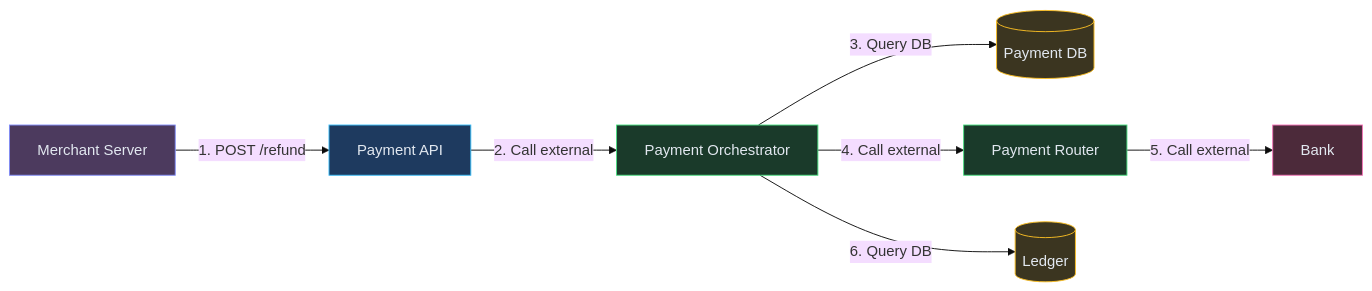
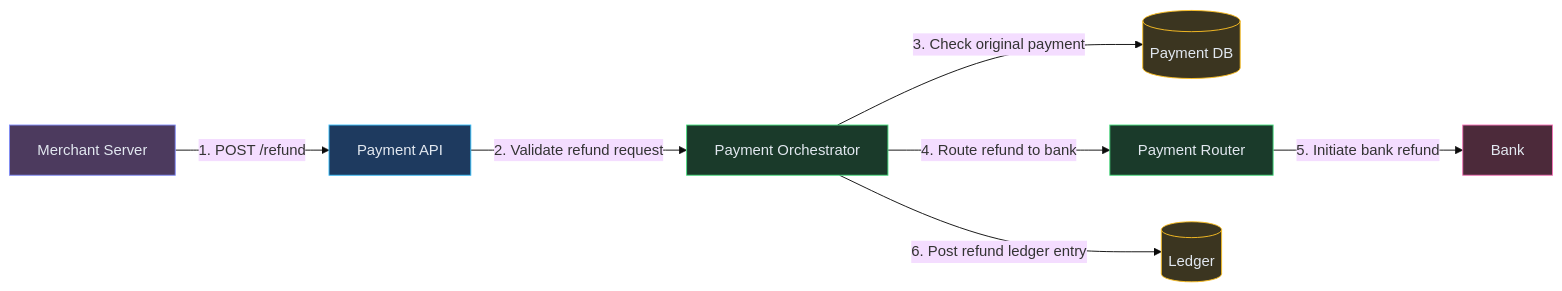
The third of 6 diagrams in content/hld/PaymentSystem.md (iluzn/HLD-Designs), drawn with Mermaid (base theme) before and after one commit. The commit also changed other lines of this file and 27 other files, not shown here.

````diff
--- a/content/hld/PaymentSystem.md
+++ b/content/hld/PaymentSystem.md
@@ -209,23 +209,23 @@
 ```mermaid
 flowchart LR
     MERCHANT["Merchant Server"]:::client
     API["Payment API"]:::edge
     ORCH["Payment Orchestrator"]:::service
     DB[("Payment DB")]:::data
     ROUTER["Payment Router"]:::service
     BANK["Bank"]:::external
     LEDGER[("Ledger")]:::data
 
     MERCHANT -->|"1. POST /refund"| API
-    API -->|"2. Call external"| ORCH
-    ORCH -->|"3. Query DB"| DB
-    ORCH -->|"4. Call external"| ROUTER
-    ROUTER -->|"5. Call external"| BANK
-    ORCH -->|"6. Query DB"| LEDGER
+    API -->|"2. Validate refund request"| ORCH
+    ORCH -->|"3. Check original payment"| DB
+    ORCH -->|"4. Route refund to bank"| ROUTER
+    ROUTER -->|"5. Initiate bank refund"| BANK
+    ORCH -->|"6. Post refund ledger entry"| LEDGER
 
     classDef client fill:#4c3a5e,stroke:#818cf8,color:#e2e8f0
     classDef edge fill:#1e3a5f,stroke:#38bdf8,color:#e2e8f0
     classDef service fill:#1a3a2a,stroke:#4ade80,color:#e2e8f0
     classDef data fill:#3b3520,stroke:#fbbf24,color:#e2e8f0
     classDef external fill:#4c2a3a,stroke:#f472b6,color:#e2e8f0
 ```
````
